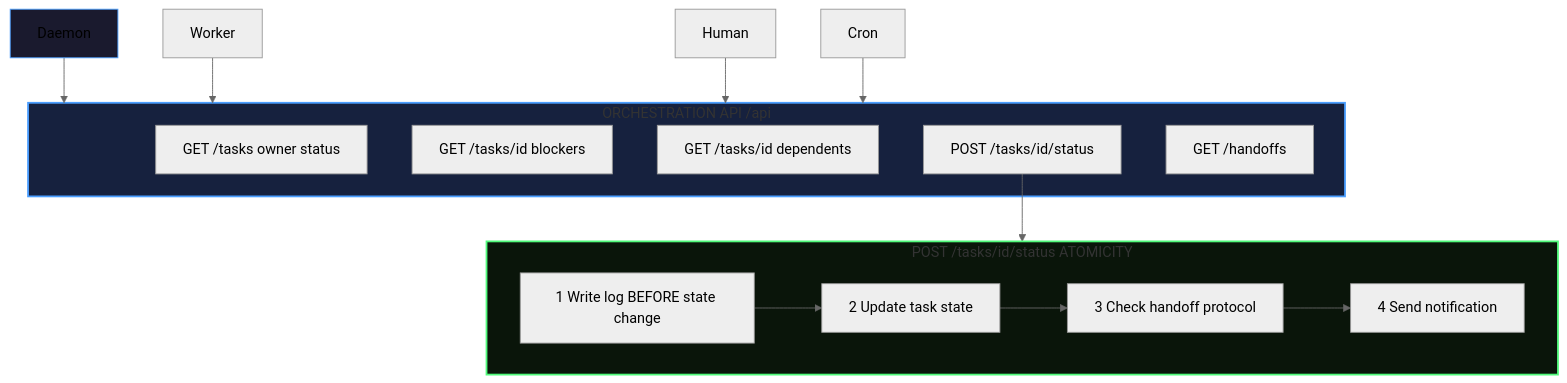
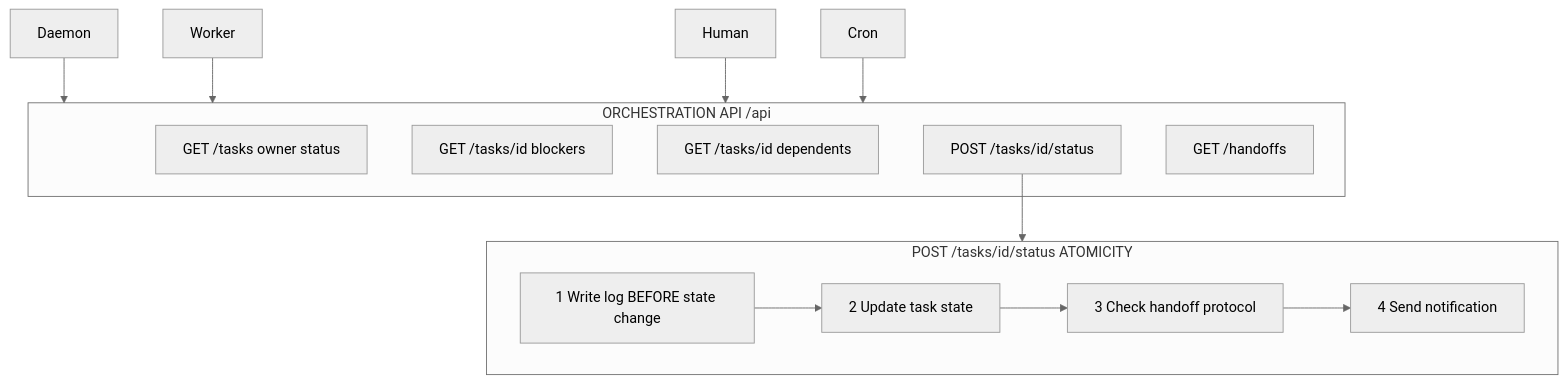
The diagram in diagrams/MC_API.mmd (mmartoccia/ghost-orchestration-pattern), drawn with Mermaid (neutral theme) before and after one commit. The commit also changed 4 other files, not shown here.

Commit message:
Strip all styling - GitHub Mermaid uses older version without fill/stroke support

````diff
--- a/diagrams/MC_API.mmd
+++ b/diagrams/MC_API.mmd
@@ -1,25 +1,22 @@
 ```mermaid
 flowchart TB
-    C1["Daemon"] --> API
-    C2["Worker"] --> API
-    C3["Human"] --> API
-    C4["Cron"] --> API
-    subgraph API["ORCHESTRATION API /api"]
+    C1["Daemon"] --> A
+    C2["Worker"] --> A
+    C3["Human"] --> A
+    C4["Cron"] --> A
+    subgraph A["ORCHESTRATION API /api"]
         G1["GET /tasks owner status"]
         G2["GET /tasks/id blockers"]
         G3["GET /tasks/id dependents"]
         P["POST /tasks/id/status"]
         G4["GET /handoffs"]
     end
-    P --> SEQ
-    subgraph SEQ["POST /tasks/id/status ATOMICITY"]
-        S1["1 Write log BEFORE state change"]
-        S2["2 Update task state"]
-        S3["3 Check handoff protocol"]
-        S4["4 Send notification"]
-        S1 --> S2 --> S3 --> S4
+    P --> S
+    subgraph S["POST /tasks/id/status ATOMICITY"]
+        X1["1 Write log BEFORE state change"]
+        X2["2 Update task state"]
+        X3["3 Check handoff protocol"]
+        X4["4 Send notification"]
+        X1 --> X2 --> X3 --> X4
     end
-    style C1 fill:#1a1a2e,stroke:#4a9eff,stroke-width:1px
-    style API fill:#16213e,stroke:#4a9eff,stroke-width:2px
-    style SEQ fill:#0a150a,stroke:#50fa7b,stroke-width:2px
 ```
````
